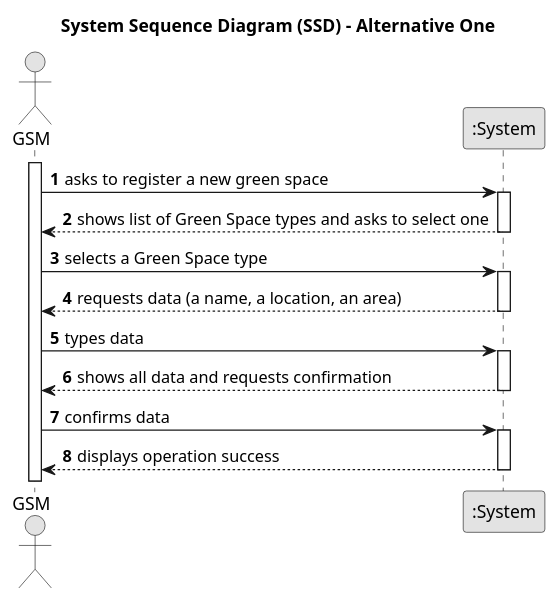
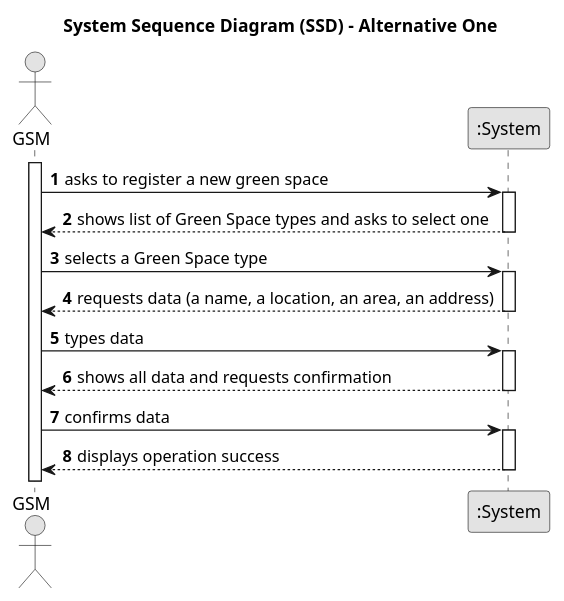
One commit to rpedros02/lei-24-s2-1DL-g08 changed the diagram in docs/sprintC/us020/01.requirements-engineering/puml/us020-sequence_diagram.puml. Above: the diagram before and after it, drawn with PlantUML. The commit also changed 15 other files, not shown here.

```diff
--- a/docs/sprintC/us020/01.requirements-engineering/puml/us020-sequence_diagram.puml
+++ b/docs/sprintC/us020/01.requirements-engineering/puml/us020-sequence_diagram.puml
@@ -1,39 +1,39 @@
 @startuml
 skinparam monochrome true
 skinparam packageStyle rectangle
 skinparam shadowing false
 
 title System Sequence Diagram (SSD) - Alternative One
 
 autonumber
 
 actor "GSM" as Employee
 participant ":System" as System
 
 activate Employee
 
     Employee -> System : asks to register a new green space
     activate System
 
         System --> Employee : shows list of Green Space types and asks to select one
     deactivate System
 
     Employee -> System : selects a Green Space type
     activate System
 
-        System --> Employee : requests data (a name, a location, an area)
+        System --> Employee : requests data (a name, a location, an area, an address)
     deactivate System
 
     Employee -> System : types data
     activate System
 
         System --> Employee : shows all data and requests confirmation
     deactivate System
 
     Employee -> System : confirms data
         activate System
 
         System --> Employee : displays operation success
             deactivate System
 
 @enduml
```
